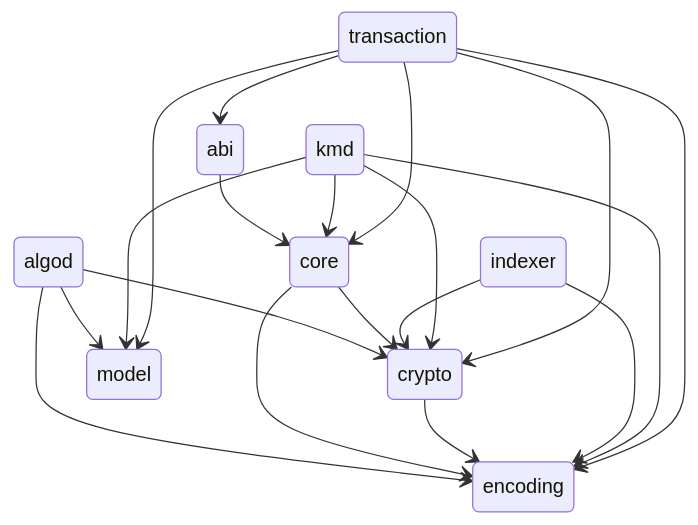
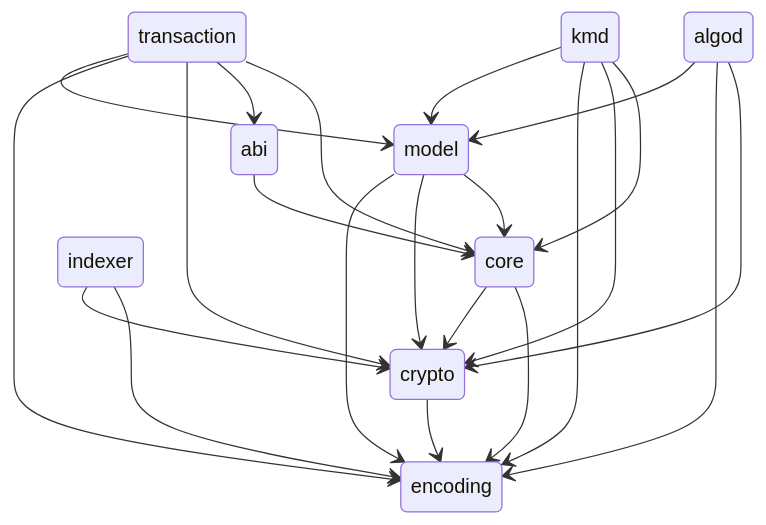
One commit to manuelmauro/algonaut changed the diagram in CONTRIBUTING.md. Above: the diagram before and after it, drawn with Mermaid.

Commit message:
Another fix

````diff
--- a/CONTRIBUTING.md
+++ b/CONTRIBUTING.md
@@ -38,22 +38,24 @@
 ```mermaid
 stateDiagram-v2
     abi --> core
     algod --> crypto
     algod --> encoding
     algod --> model
     core --> encoding
     core --> crypto
     crypto --> encoding
     indexer --> encoding
     indexer --> crypto
     kmd --> core
     kmd --> crypto
     kmd --> encoding
     kmd --> model
+    model --> core
+    model --> crypto
+    model --> encoding
+    transaction --> core
     transaction --> abi
-    transaction --> core
     transaction --> crypto
     transaction --> encoding
     transaction --> model
-
 ```
````
